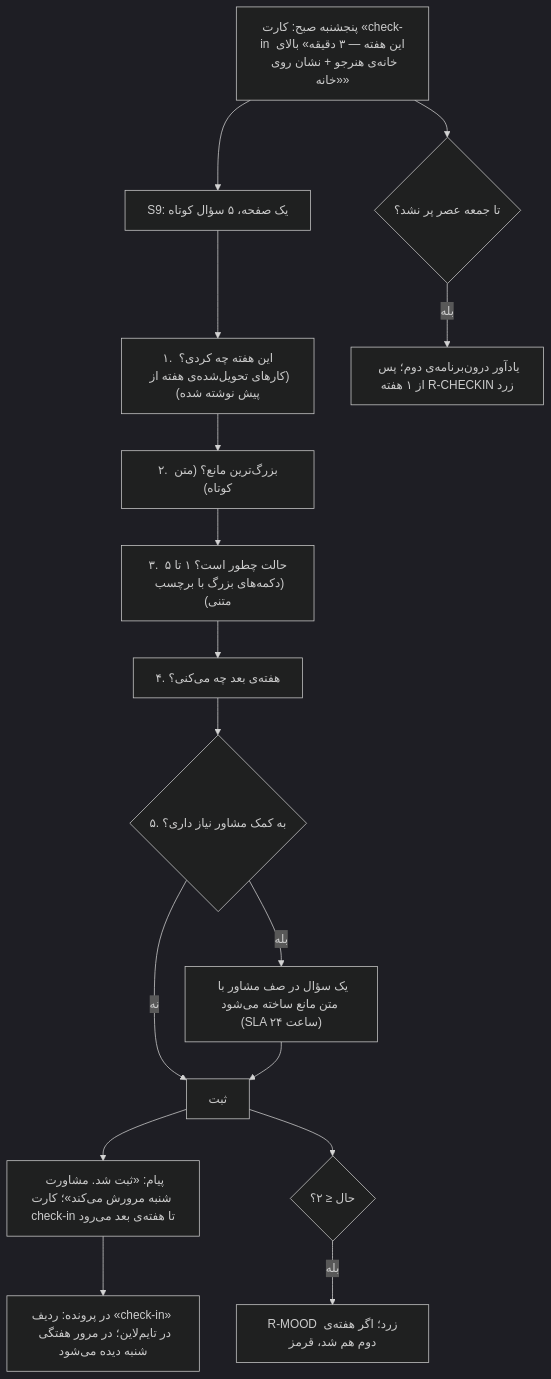
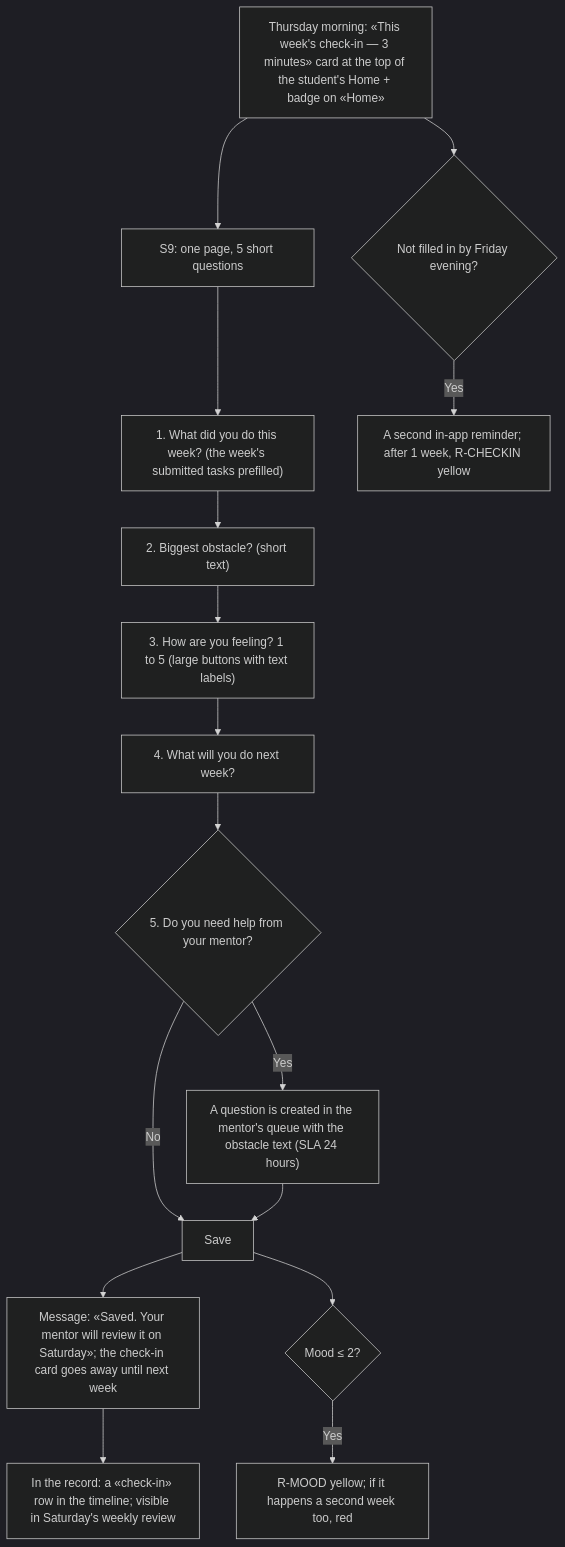
The ninth of 9 diagrams in docs/03-ux/user-flows.md (simorghsorkh/upworkcoach), drawn with Mermaid (dark theme) before and after one commit. The commit also changed other lines of this file and 360 other files, not shown here.

````diff
--- a/docs/03-ux/user-flows.md
+++ b/docs/03-ux/user-flows.md
@@ -270,18 +270,18 @@
 ```mermaid
 flowchart TD
-    A["پنجشنبه صبح: کارت «check-in این هفته — ۳ دقیقه» بالای خانه‌ی هنرجو + نشان روی «خانه»"] --> B["S9: یک صفحه، ۵ سؤال کوتاه"]
-    B --> B1["۱. این هفته چه کردی؟ (کارهای تحویل‌شده‌ی هفته از پیش نوشته شده)"]
-    B1 --> B2["۲. بزرگ‌ترین مانع؟ (متن کوتاه)"]
-    B2 --> B3["۳. حالت چطور است؟ ۱ تا ۵ (دکمه‌های بزرگ با برچسب متنی)"]
-    B3 --> B4["۴. هفته‌ی بعد چه می‌کنی؟"]
-    B4 --> B5{"۵. به کمک مشاور نیاز داری؟"}
-    B5 -->|بله| C["یک سؤال در صف مشاور با متن مانع ساخته می‌شود (SLA ۲۴ ساعت)"]
-    B5 -->|نه| D["ثبت"]
+    A["Thursday morning: «This week's check-in — 3 minutes» card at the top of the student's Home + badge on «Home»"] --> B["S9: one page, 5 short questions"]
+    B --> B1["1. What did you do this week? (the week's submitted tasks prefilled)"]
+    B1 --> B2["2. Biggest obstacle? (short text)"]
+    B2 --> B3["3. How are you feeling? 1 to 5 (large buttons with text labels)"]
+    B3 --> B4["4. What will you do next week?"]
+    B4 --> B5{"5. Do you need help from your mentor?"}
+    B5 -->|Yes| C["A question is created in the mentor's queue with the obstacle text (SLA 24 hours)"]
+    B5 -->|No| D["Save"]
     C --> D
-    D --> E["پیام: «ثبت شد. مشاورت شنبه مرورش می‌کند»؛ کارت check-in تا هفته‌ی بعد می‌رود"]
-    D --> F{"حال ≤ ۲؟"}
-    F -->|بله| F1["R-MOOD زرد؛ اگر هفته‌ی دوم هم شد، قرمز"]
-    A --> G{"تا جمعه عصر پر نشد؟"}
-    G -->|بله| G1["یادآور درون‌برنامه‌ی دوم؛ پس از ۱ هفته R-CHECKIN زرد"]
-    E --> H["در پرونده: ردیف «check-in» در تایم‌لاین؛ در مرور هفتگی شنبه دیده می‌شود"]
+    D --> E["Message: «Saved. Your mentor will review it on Saturday»; the check-in card goes away until next week"]
+    D --> F{"Mood ≤ 2?"}
+    F -->|Yes| F1["R-MOOD yellow; if it happens a second week too, red"]
+    A --> G{"Not filled in by Friday evening?"}
+    G -->|Yes| G1["A second in-app reminder; after 1 week, R-CHECKIN yellow"]
+    E --> H["In the record: a «check-in» row in the timeline; visible in Saturday's weekly review"]
 ```
````
